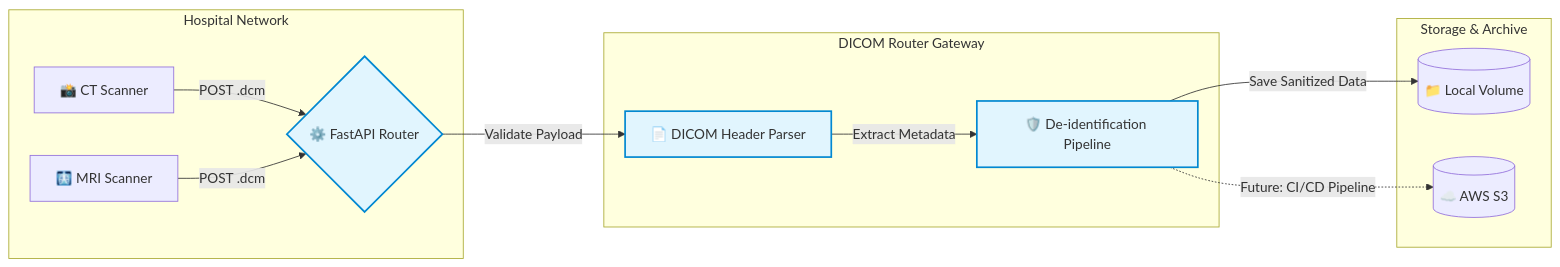
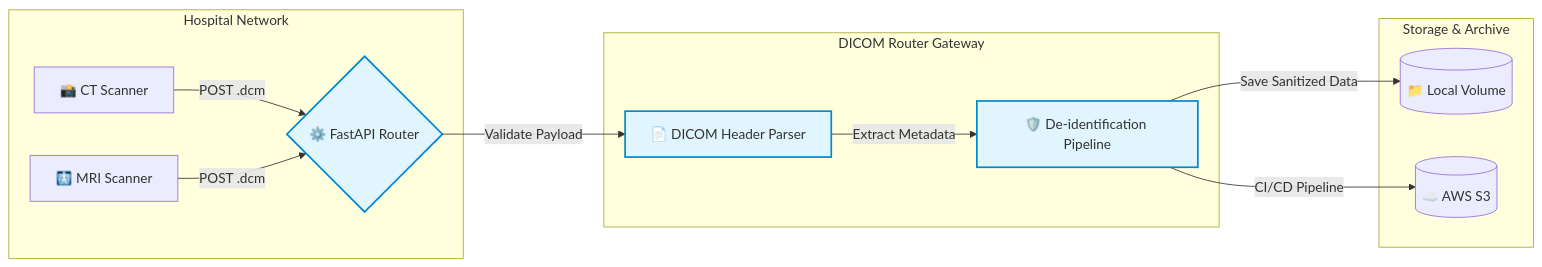
Before and after one commit to Stellagagalwj/Hospital-DICOM-Router-Gateway: the diagram in README.md, drawn with Mermaid. The commit also changed other lines of this file, not shown here.

````diff
--- a/README.md
+++ b/README.md
@@ -24,28 +24,28 @@
 ```mermaid
 graph LR
     %% 客户端层
     subgraph Hospital Network
         CT[📸 CT Scanner] -->|POST .dcm| Gateway
         MRI[🩻 MRI Scanner] -->|POST .dcm| Gateway
     end
 
     %% 核心网关层
     subgraph DICOM Router Gateway
         Gateway{⚙️ FastAPI Router}
         Parser[📄 DICOM Header Parser]
         DeID[🛡️ De-identification Pipeline]
         
         Gateway -->|Validate Payload| Parser
         Parser -->|Extract Metadata| DeID
     end
 
     %% 存储与云端层
     subgraph Storage & Archive
         DeID -->|Save Sanitized Data| LocalStorage[(📁 Local Volume)]
-        DeID -.->|Future: CI/CD Pipeline| AWS[(☁️ AWS S3)]
+        DeID -->|CI/CD Pipeline| AWS[(☁️ AWS S3)]
     end
 
     %% 自定义样式 (提亮你的核心组件)
     classDef core fill:#e1f5fe,stroke:#0288d1,stroke-width:2px;
     class Gateway,Parser,DeID core;
 ```
````
